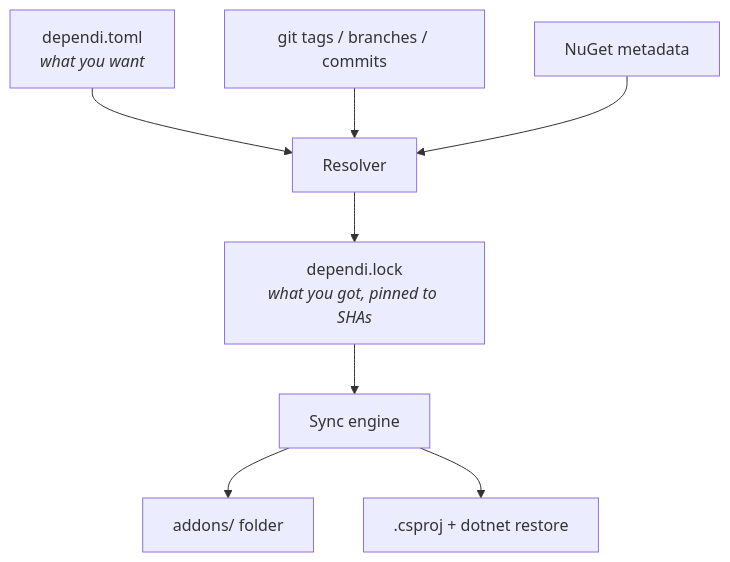
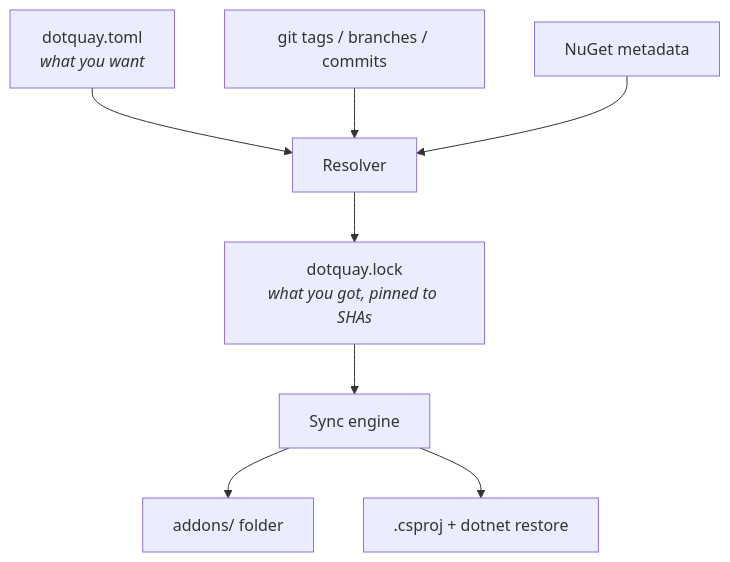
The first of 3 diagrams in docs/SPEC.md (kanimaru/dotquay), drawn with Mermaid before and after one commit. The commit also changed other lines of this file and 253 other files, not shown here.

````diff
--- a/docs/SPEC.md
+++ b/docs/SPEC.md
@@ -49,10 +49,10 @@
 ```mermaid
 flowchart TD
-    M["dependi.toml<br/><i>what you want</i>"] --> R[Resolver]
+    M["dotquay.toml<br/><i>what you want</i>"] --> R[Resolver]
     G["git tags / branches / commits"] --> R
     N["NuGet metadata"] --> R
-    R --> L["dependi.lock<br/><i>what you got, pinned to SHAs</i>"]
+    R --> L["dotquay.lock<br/><i>what you got, pinned to SHAs</i>"]
     L --> S[Sync engine]
     S --> A["addons/ folder"]
     S --> C[".csproj + dotnet restore"]
 ```
````
